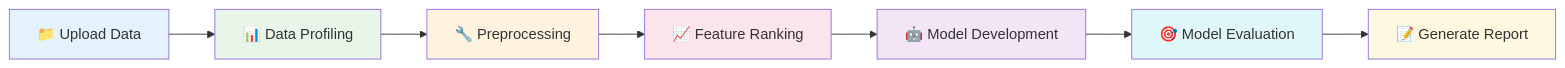
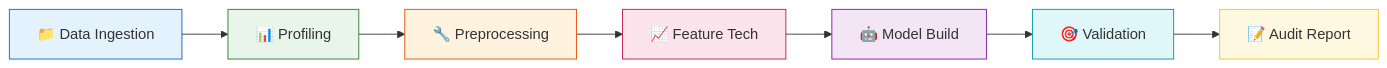
The second of 2 diagrams in ARCHITECTURE.md (tdlabs-ai/tanml), drawn with Mermaid before and after one commit. The commit also changed other lines of this file, not shown here.

Commit message:
docs: modernize architecture documentation with stylized system design diagrams

````diff
--- a/ARCHITECTURE.md
+++ b/ARCHITECTURE.md
@@ -112,17 +114,17 @@
 ```mermaid
 flowchart LR
-    A[📁 Upload Data] --> B[📊 Data Profiling]
-    B --> C[🔧 Preprocessing]
-    C --> D[📈 Feature Ranking]
-    D --> E[🤖 Model Development]
-    E --> F[🎯 Model Evaluation]
-    F --> G[📝 Generate Report]
+    A["📁 Data Ingestion"] --> B["📊 Profiling"]
+    B --> C["🔧 Preprocessing"]
+    C --> D["📈 Feature Tech"]
+    D --> E["🤖 Model Build"]
+    E --> F["🎯 Validation"]
+    F --> G["📝 Audit Report"]
     
-    style A fill:#e3f2fd
-    style B fill:#e8f5e9
-    style C fill:#fff3e0
-    style D fill:#fce4ec
-    style E fill:#f3e5f5
-    style F fill:#e0f7fa
-    style G fill:#fff8e1
+    style A fill:#e3f2fd,stroke:#1565c0
+    style B fill:#e8f5e9,stroke:#2e7d32
+    style C fill:#fff3e0,stroke:#e65100
+    style D fill:#fce4ec,stroke:#c2185b
+    style E fill:#f3e5f5,stroke:#7b1fa2
+    style F fill:#e0f7fa,stroke:#0097a7
+    style G fill:#fff8e1,stroke:#fbc02d
 ```
````
